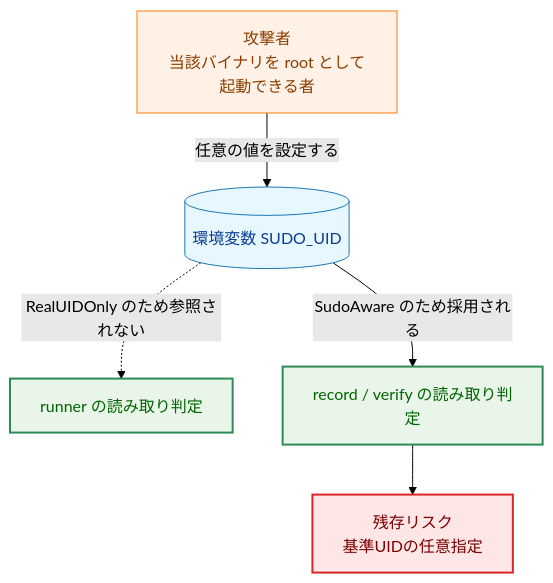
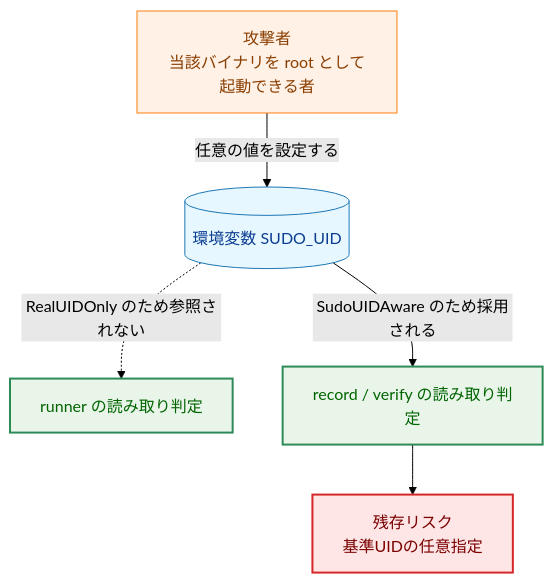
Before and after one commit to isseis/go-safe-cmd-runner: the ninth of 11 diagrams in docs/tasks/0160_permission_check_subject_explicit/02_architecture.md, drawn with Mermaid (forest theme). The commit also changed other lines of this file and 1 other file, not shown here.

First line of the commit message:
docs(0160): rename SudoAware policy to SudoUIDAware

````diff
--- a/docs/tasks/0160_permission_check_subject_explicit/02_architecture.md
+++ b/docs/tasks/0160_permission_check_subject_explicit/02_architecture.md
@@ -484,23 +484,23 @@
 ```mermaid
 flowchart TD
     classDef data fill:#e6f7ff,stroke:#1f77b4,stroke-width:1px,color:#0b3d91;
     classDef process fill:#fff1e6,stroke:#ff7f0e,stroke-width:1px,color:#8a3e00;
     classDef enhanced fill:#e8f5e8,stroke:#2e8b57,stroke-width:2px,color:#006400;
     classDef problem fill:#ffe6e6,stroke:#d62728,stroke-width:2px,color:#7b0000;
 
     ATK["攻撃者<br>当該バイナリを root として起動できる者"]
     ENV[("環境変数 SUDO_UID")]
     RUN["runner の読み取り判定"]
     REC["record / verify の読み取り判定"]
     RES2["残存リスク<br>基準UIDの任意指定"]
 
     ATK -->|"任意の値を設定する"| ENV
     ENV -.->|"RealUIDOnly のため参照されない"| RUN
-    ENV -->|"SudoAware のため採用される"| REC
+    ENV -->|"SudoUIDAware のため採用される"| REC
     REC --> RES2
 
     class ENV data
     class ATK process
     class RUN,REC enhanced
     class RES2 problem
 ```
````
